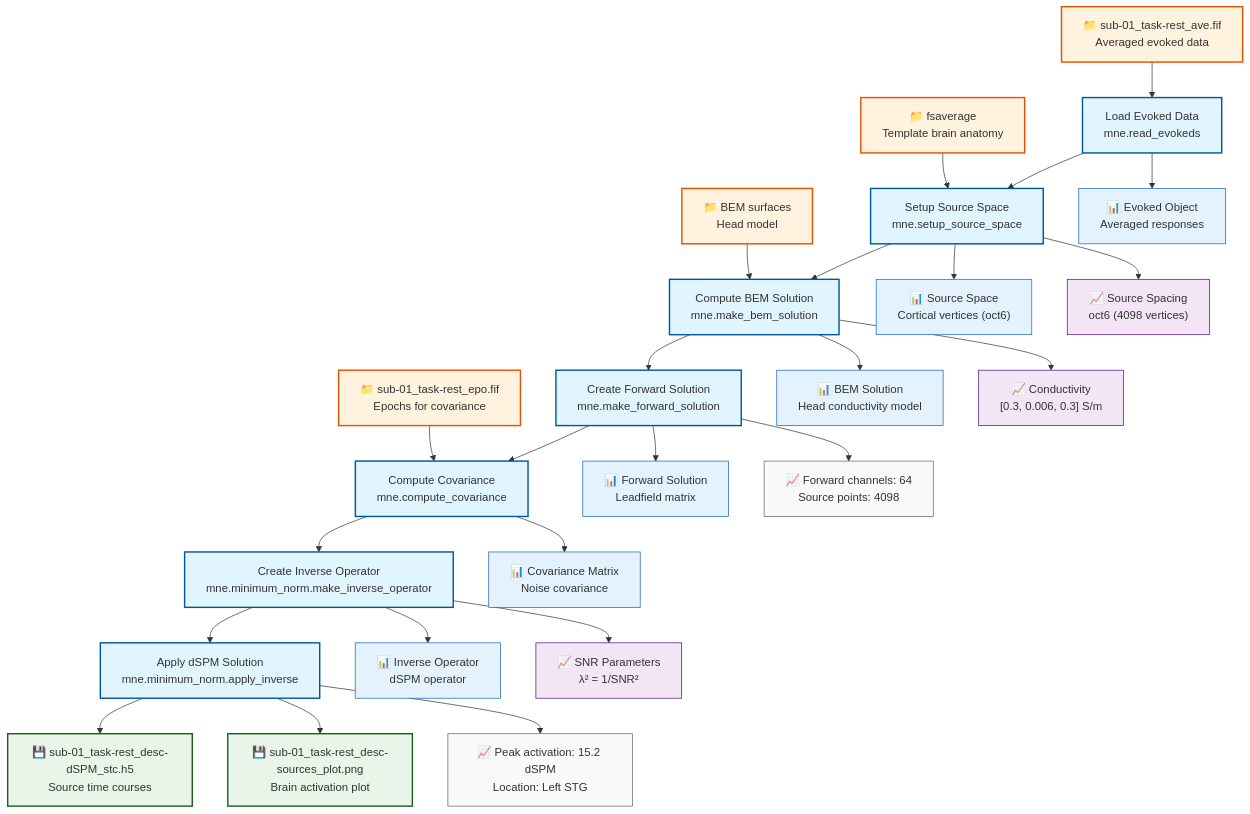
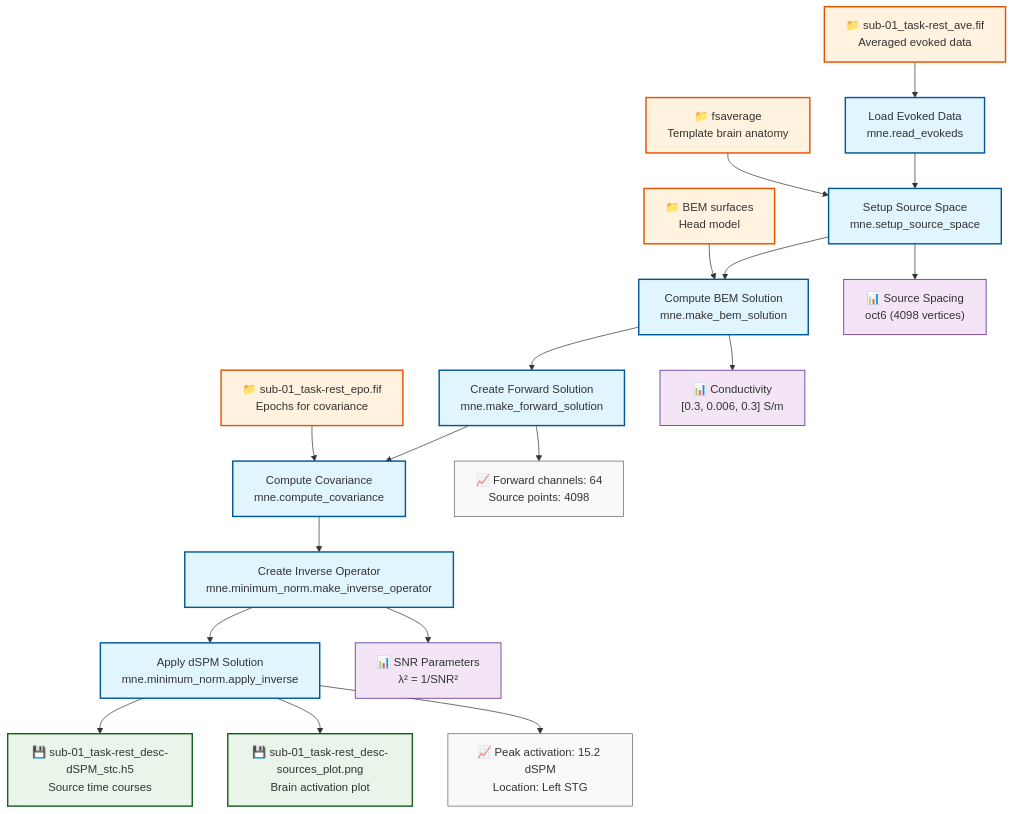
Before and after one commit to signalJourney/signalJourney: the diagram in docs/examples/source_localization_mne.md, drawn with Mermaid. The commit also changed 11 other files, not shown here.

````diff
--- a/docs/examples/source_localization_mne.md
+++ b/docs/examples/source_localization_mne.md
@@ -18,51 +18,41 @@
 ```mermaid
 flowchart TD
     A[Load Evoked Data<br/>mne.read_evokeds] --> B[Setup Source Space<br/>mne.setup_source_space]
     B --> C[Compute BEM Solution<br/>mne.make_bem_solution]
     C --> D[Create Forward Solution<br/>mne.make_forward_solution]
     D --> E[Compute Covariance<br/>mne.compute_covariance]
     E --> F[Create Inverse Operator<br/>mne.minimum_norm.make_inverse_operator]
     F --> G[Apply dSPM Solution<br/>mne.minimum_norm.apply_inverse]
     
-    %% Input data and resources
+    %% Input files
     H["📁 sub-01_task-rest_ave.fif<br/>Averaged evoked data"] --> A
     I["📁 sub-01_task-rest_epo.fif<br/>Epochs for covariance"] --> E
     J["📁 fsaverage<br/>Template brain anatomy"] --> B
     K["📁 BEM surfaces<br/>Head model"] --> C
     
-    %% Intermediate outputs
-    A --> A1["📊 Evoked Object<br/>Averaged responses"]
-    B --> B1["📊 Source Space<br/>Cortical vertices (oct6)"]
-    C --> C1["📊 BEM Solution<br/>Head conductivity model"]
-    D --> D1["📊 Forward Solution<br/>Leadfield matrix"]
-    E --> E1["📊 Covariance Matrix<br/>Noise covariance"]
-    F --> F1["📊 Inverse Operator<br/>dSPM operator"]
-    
-    %% Analysis parameters
-    B --> V1["📈 Source Spacing<br/>oct6 (4098 vertices)"]
-    C --> V2["📈 Conductivity<br/>[0.3, 0.006, 0.3] S/m"]
-    F --> V3["📈 SNR Parameters<br/>λ² = 1/SNR²"]
+    %% Inline data
+    B --> V1["📊 Source Spacing<br/>oct6 (4098 vertices)"]
+    C --> V2["📊 Conductivity<br/>[0.3, 0.006, 0.3] S/m"]
+    F --> V3["📊 SNR Parameters<br/>λ² = 1/SNR²"]
     
     %% Final outputs
     G --> L["💾 sub-01_task-rest_desc-dSPM_stc.h5<br/>Source time courses"]
     G --> M["💾 sub-01_task-rest_desc-sources_plot.png<br/>Brain activation plot"]
     
     %% Quality metrics
     D --> Q1["📈 Forward channels: 64<br/>Source points: 4098"]
     G --> Q2["📈 Peak activation: 15.2 dSPM<br/>Location: Left STG"]
 
     %% Styling
     classDef processStep fill:#e1f5fe,stroke:#01579b,stroke-width:2px
     classDef inputFile fill:#fff3e0,stroke:#e65100,stroke-width:2px
     classDef outputFile fill:#e8f5e8,stroke:#1b5e20,stroke-width:2px
-    classDef inMemoryData fill:#e3f2fd,stroke:#1565c0,stroke-width:1px
     classDef inlineData fill:#f3e5f5,stroke:#4a148c,stroke-width:1px
     classDef qualityMetric fill:#f9f9f9,stroke:#666,stroke-width:1px
 
     class A,B,C,D,E,F,G processStep
     class H,I,J,K inputFile
     class L,M outputFile
-    class A1,B1,C1,D1,E1,F1 inMemoryData
     class V1,V2,V3 inlineData
     class Q1,Q2 qualityMetric
 ```
````
